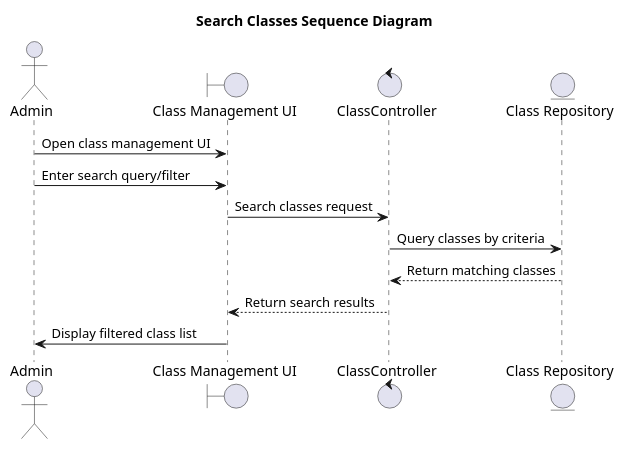
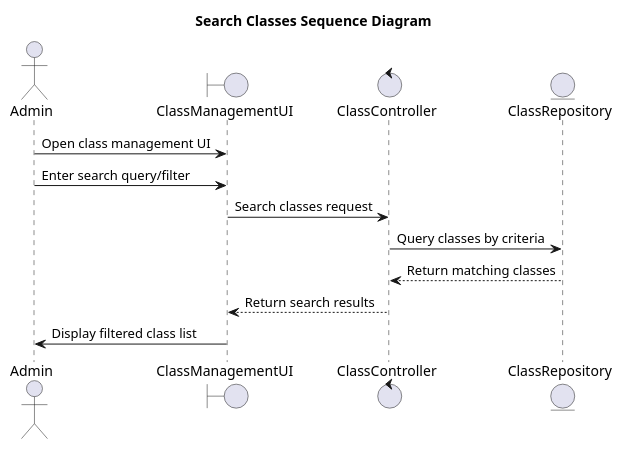
One commit to Huangphoux/uit-SE357_requirement changed the diagram in docs/2. Diagrams/Sequence diagram/5. ManageClasses/SearchClasses.pu. Above: the diagram before and after it, drawn with PlantUML. The commit also changed 41 other files, not shown here.

Commit message:
Add all sequence diagrams

```diff
--- a/docs/2. Diagrams/Sequence diagram/5. ManageClasses/SearchClasses.pu
+++ b/docs/2. Diagrams/Sequence diagram/5. ManageClasses/SearchClasses.pu
@@ -1,17 +1,17 @@
 @startuml SearchClasses
 title Search Classes Sequence Diagram
 
 actor Admin
-boundary "Class Management UI"
-control "ClassController"
-entity "Class Repository"
+boundary ClassManagementUI
+control ClassController
+entity ClassRepository
 
-Admin -> "Class Management UI" : Open class management UI
-Admin -> "Class Management UI" : Enter search query/filter
-"Class Management UI" -> "ClassController" : Search classes request
-"ClassController" -> "Class Repository" : Query classes by criteria
-"Class Repository" --> "ClassController" : Return matching classes
-"ClassController" --> "Class Management UI" : Return search results
-"Class Management UI" -> Admin : Display filtered class list
+Admin -> ClassManagementUI : Open class management UI
+Admin -> ClassManagementUI : Enter search query/filter
+ClassManagementUI -> ClassController : Search classes request
+ClassController -> ClassRepository : Query classes by criteria
+ClassRepository --> ClassController : Return matching classes
+ClassController --> ClassManagementUI : Return search results
+ClassManagementUI -> Admin : Display filtered class list
 
 @enduml
```
